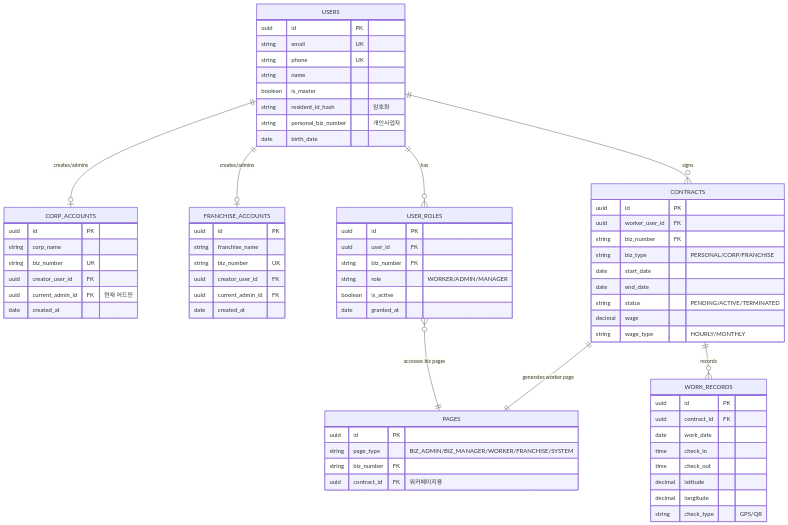
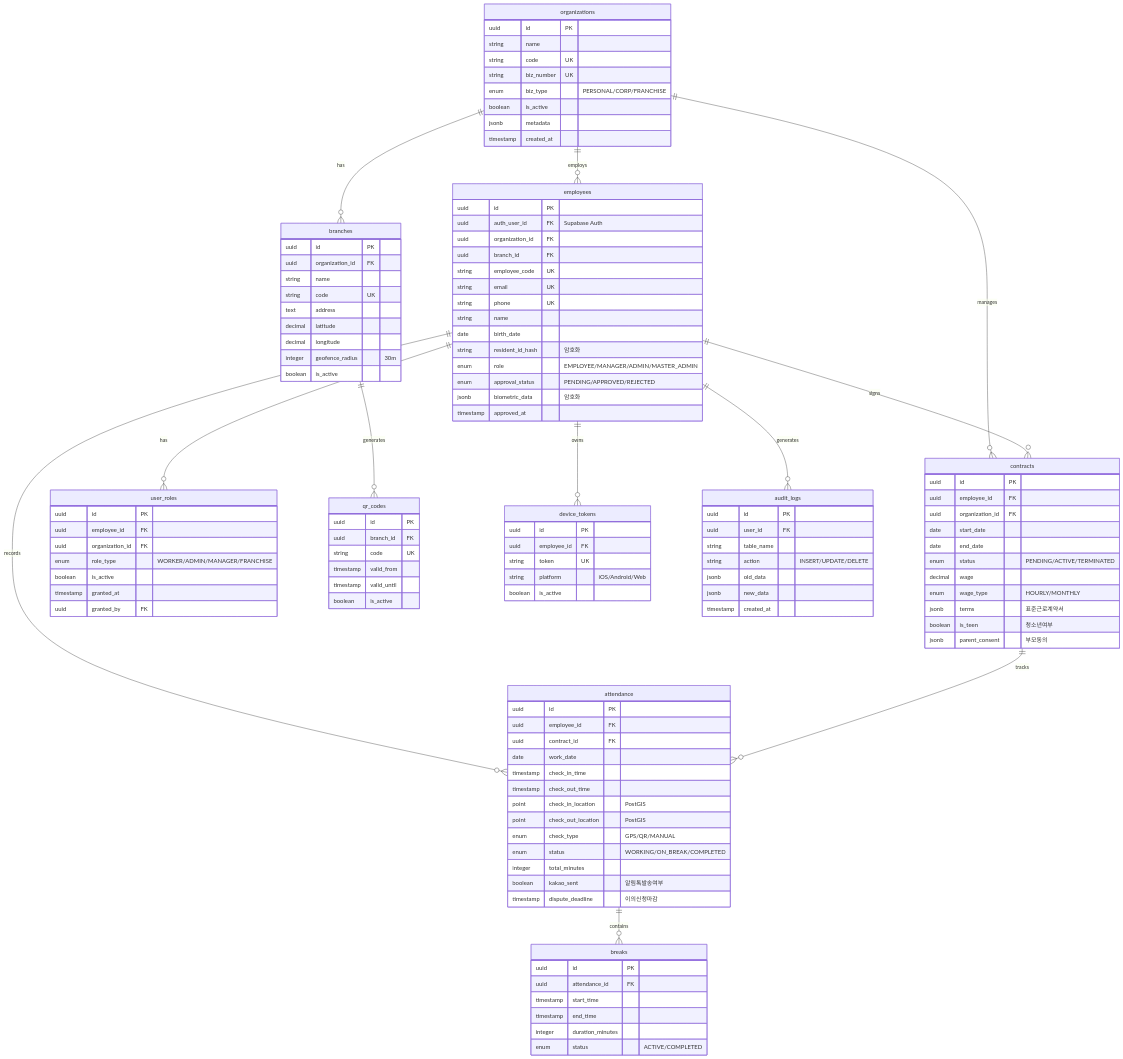
The third of 11 diagrams in services/attendance/user-permission-diagram.md (crazybass81/DOT), drawn with Mermaid before and after one commit. The commit also changed other lines of this file, not shown here.

````diff
--- a/services/attendance/user-permission-diagram.md
+++ b/services/attendance/user-permission-diagram.md
@@ -173,78 +127,130 @@
 ```mermaid
 erDiagram
-    USERS {
+    organizations {
         uuid id PK
+        string name
+        string code UK
+        string biz_number UK
+        enum biz_type "PERSONAL/CORP/FRANCHISE"
+        boolean is_active
+        jsonb metadata
+        timestamp created_at
+    }
+    
+    branches {
+        uuid id PK
+        uuid organization_id FK
+        string name
+        string code UK
+        text address
+        decimal latitude
+        decimal longitude
+        integer geofence_radius "30m"
+        boolean is_active
+    }
+    
+    employees {
+        uuid id PK
+        uuid auth_user_id FK "Supabase Auth"
+        uuid organization_id FK
+        uuid branch_id FK
+        string employee_code UK
         string email UK
         string phone UK
         string name
-        boolean is_master
+        date birth_date
         string resident_id_hash "암호화"
-        string personal_biz_number "개인사업자"
-        date birth_date
+        enum role "EMPLOYEE/MANAGER/ADMIN/MASTER_ADMIN"
+        enum approval_status "PENDING/APPROVED/REJECTED"
+        jsonb biometric_data "암호화"
+        timestamp approved_at
     }
     
-    CORP_ACCOUNTS {
+    contracts {
         uuid id PK
-        string corp_name
-        string biz_number UK
-        uuid creator_user_id FK
-        uuid current_admin_id FK "현재 어드민"
-        date created_at
+        uuid employee_id FK
+        uuid organization_id FK
+        date start_date
+        date end_date
+        enum status "PENDING/ACTIVE/TERMINATED"
+        decimal wage
+        enum wage_type "HOURLY/MONTHLY"
+        jsonb terms "표준근로계약서"
+        boolean is_teen "청소년여부"
+        jsonb parent_consent "부모동의"
     }
     
-    FRANCHISE_ACCOUNTS {
+    user_roles {
         uuid id PK
-        string franchise_name
-        string biz_number UK
-        uuid creator_user_id FK
-        uuid current_admin_id FK
-        date created_at
+        uuid employee_id FK
+        uuid organization_id FK
+        enum role_type "WORKER/ADMIN/MANAGER/FRANCHISE"
+        boolean is_active
+        timestamp granted_at
+        uuid granted_by FK
     }
     
-    CONTRACTS {
+    attendance {
         uuid id PK
-        uuid worker_user_id FK
-        string biz_number FK
-        string biz_type "PERSONAL/CORP/FRANCHISE"
-        date start_date
-        date end_date
-        string status "PENDING/ACTIVE/TERMINATED"
-        decimal wage
-        string wage_type "HOURLY/MONTHLY"
+        uuid employee_id FK
+        uuid contract_id FK
+        date work_date
+        timestamp check_in_time
+        timestamp check_out_time
+        point check_in_location "PostGIS"
+        point check_out_location "PostGIS"
+        enum check_type "GPS/QR/MANUAL"
+        enum status "WORKING/ON_BREAK/COMPLETED"
+        integer total_minutes
+        boolean kakao_sent "알림톡발송여부"
+        timestamp dispute_deadline "이의신청마감"
     }
     
-    USER_ROLES {
+    breaks {
+        uuid id PK
+        uuid attendance_id FK
+        timestamp start_time
+        timestamp end_time
+        integer duration_minutes
+        enum status "ACTIVE/COMPLETED"
+    }
+    
+    qr_codes {
+        uuid id PK
+        uuid branch_id FK
+        string code UK
+        timestamp valid_from
+        timestamp valid_until
+        boolean is_active
+    }
+    
+    device_tokens {
+        uuid id PK
+        uuid employee_id FK
+        string token UK
+        string platform "iOS/Android/Web"
+        boolean is_active
+    }
+    
+    audit_logs {
         uuid id PK
         uuid user_id FK
-        string biz_number FK
-        string role "WORKER/ADMIN/MANAGER"
-        boolean is_active
-        date granted_at
+        string table_name
+        string action "INSERT/UPDATE/DELETE"
+        jsonb old_data
+        jsonb new_data
+        timestamp created_at
     }
     
-    PAGES {
-        uuid id PK
-        string page_type "BIZ_ADMIN/BIZ_MANAGER/WORKER/FRANCHISE/SYSTEM"
-        string biz_number FK
-        uuid contract_id FK "워커페이지용"
-    }
-    
-    WORK_RECORDS {
-        uuid id PK
-        uuid contract_id FK
-        date work_date
-        time check_in
-        time check_out
-        decimal latitude
-        decimal longitude
-        string check_type "GPS/QR"
-    }
-    
-    USERS ||--o{ CONTRACTS : "signs"
-    USERS ||--o{ USER_ROLES : "has"
-    USERS ||--o| CORP_ACCOUNTS : "creates/admins"
-    USERS ||--o| FRANCHISE_ACCOUNTS : "creates/admins"
-    CONTRACTS ||--|| PAGES : "generates worker page"
-    CONTRACTS ||--o{ WORK_RECORDS : "records"
-    USER_ROLES }o--|| PAGES : "accesses biz pages"
+    organizations ||--o{ branches : has
+    organizations ||--o{ employees : employs
+    organizations ||--o{ contracts : manages
+    branches ||--o{ qr_codes : generates
+    employees ||--o{ contracts : signs
+    employees ||--o{ user_roles : has
+    employees ||--o{ attendance : records
+    employees ||--o{ device_tokens : owns
+    contracts ||--o{ attendance : tracks
+    attendance ||--o{ breaks : contains
+    employees ||--o{ audit_logs : generates
 ```
````
